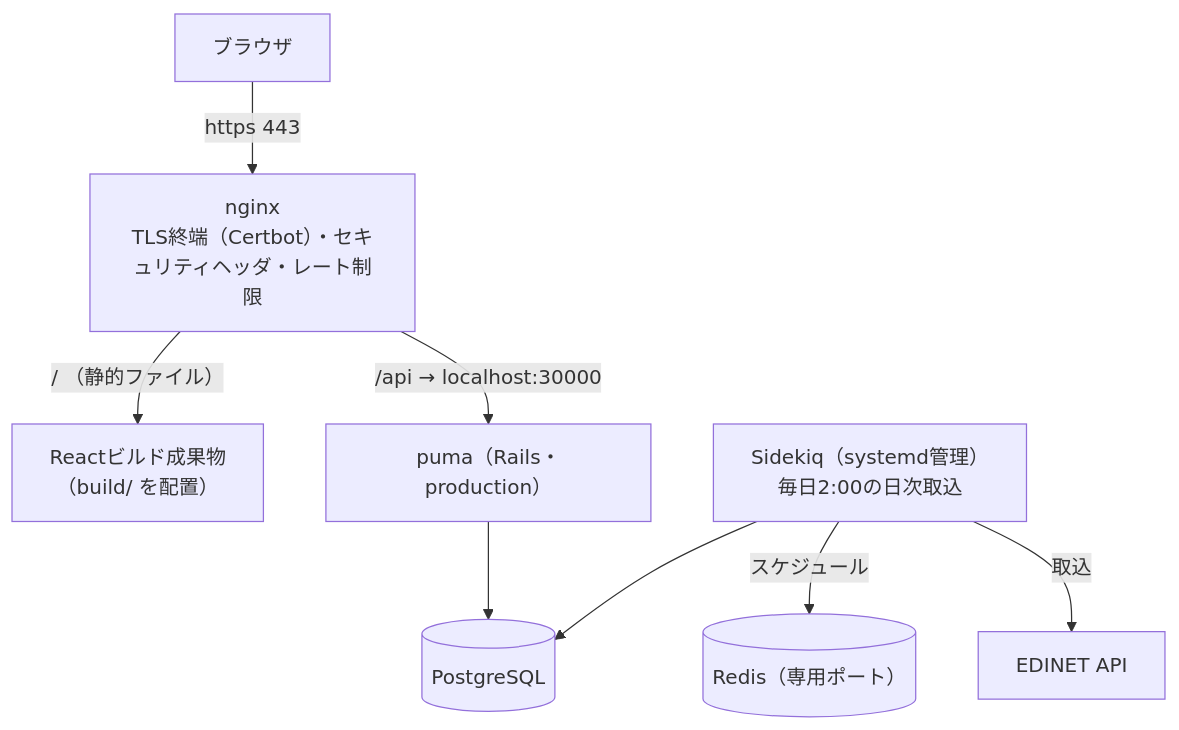
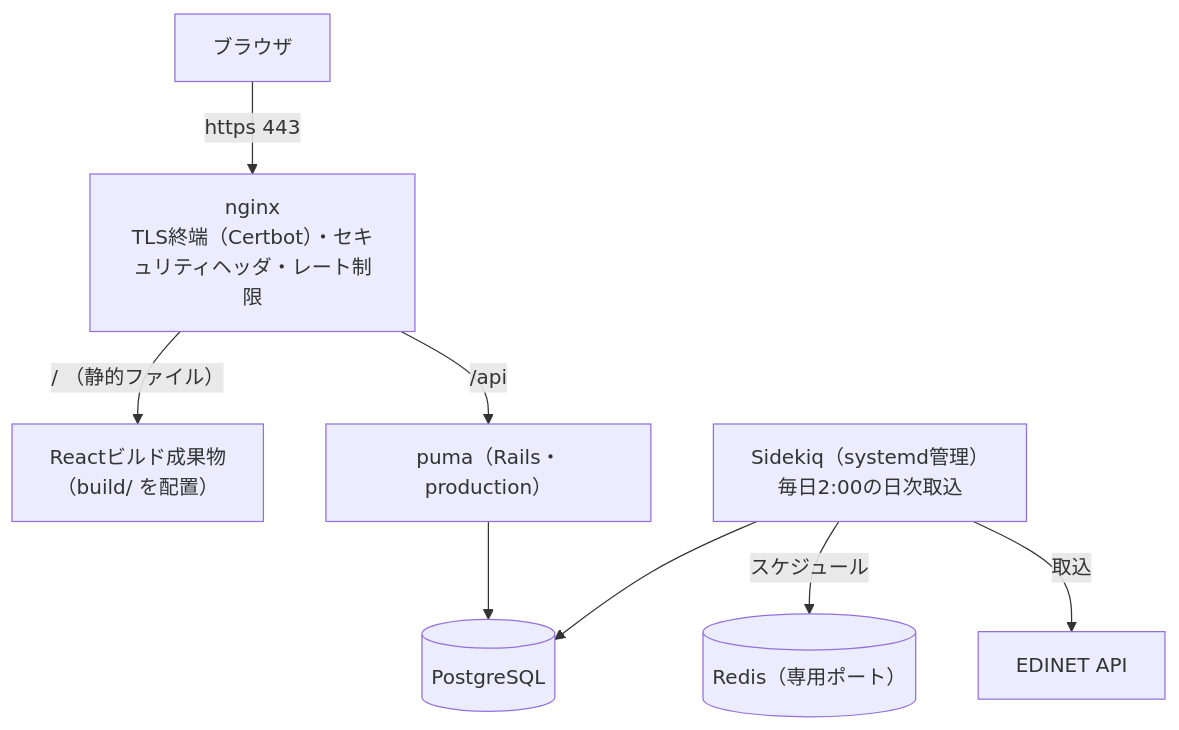
One commit to shin4488/financial-statement changed the second of 3 diagrams in docs/guide/05_development_operations.md. Above: the diagram before and after it, drawn with Mermaid. The commit also changed other lines of this file, not shown here.

Commit message:
docs: 公開している文書から、pumaのポート番号とレート制限の値を消す
防御の詳細を公開しないため。

````diff
--- a/docs/guide/05_development_operations.md
+++ b/docs/guide/05_development_operations.md
@@ -73,10 +73,10 @@
 ```mermaid
 flowchart TB
     User["ブラウザ"] -->|https 443| Nginx["nginx<br>TLS終端（Certbot）・セキュリティヘッダ・レート制限"]
     Nginx -->|"/ （静的ファイル）"| Static["Reactビルド成果物<br>（build/ を配置）"]
-    Nginx -->|"/api → localhost:30000"| Puma["puma（Rails・production）"]
+    Nginx -->|"/api"| Puma["puma（Rails・production）"]
     Puma --> PG[("PostgreSQL")]
     Sidekiq["Sidekiq（systemd管理）<br>毎日2:00の日次取込"] --> PG
     Sidekiq -->|"スケジュール"| Redis[("Redis（専用ポート）")]
     Sidekiq -->|"取込"| EDINET["EDINET API"]
 ```
````
